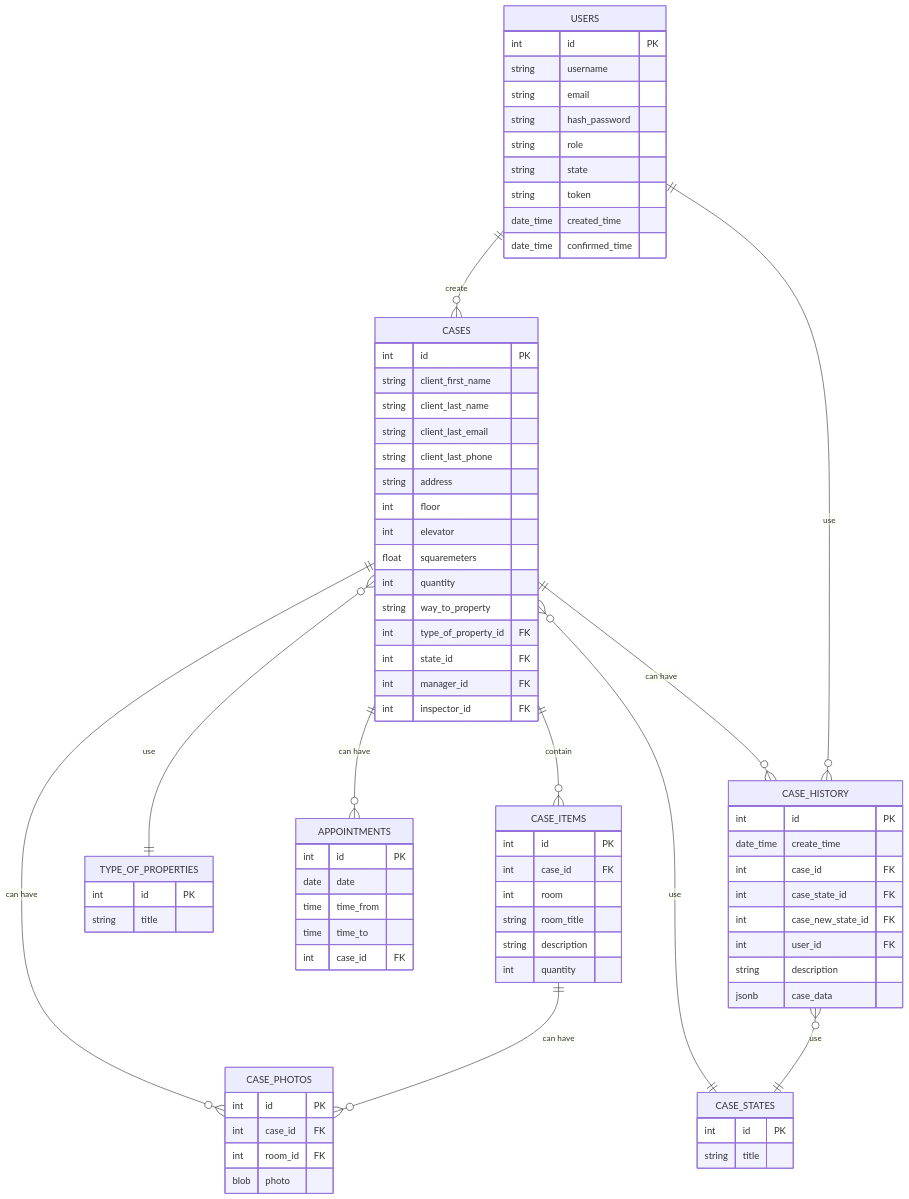
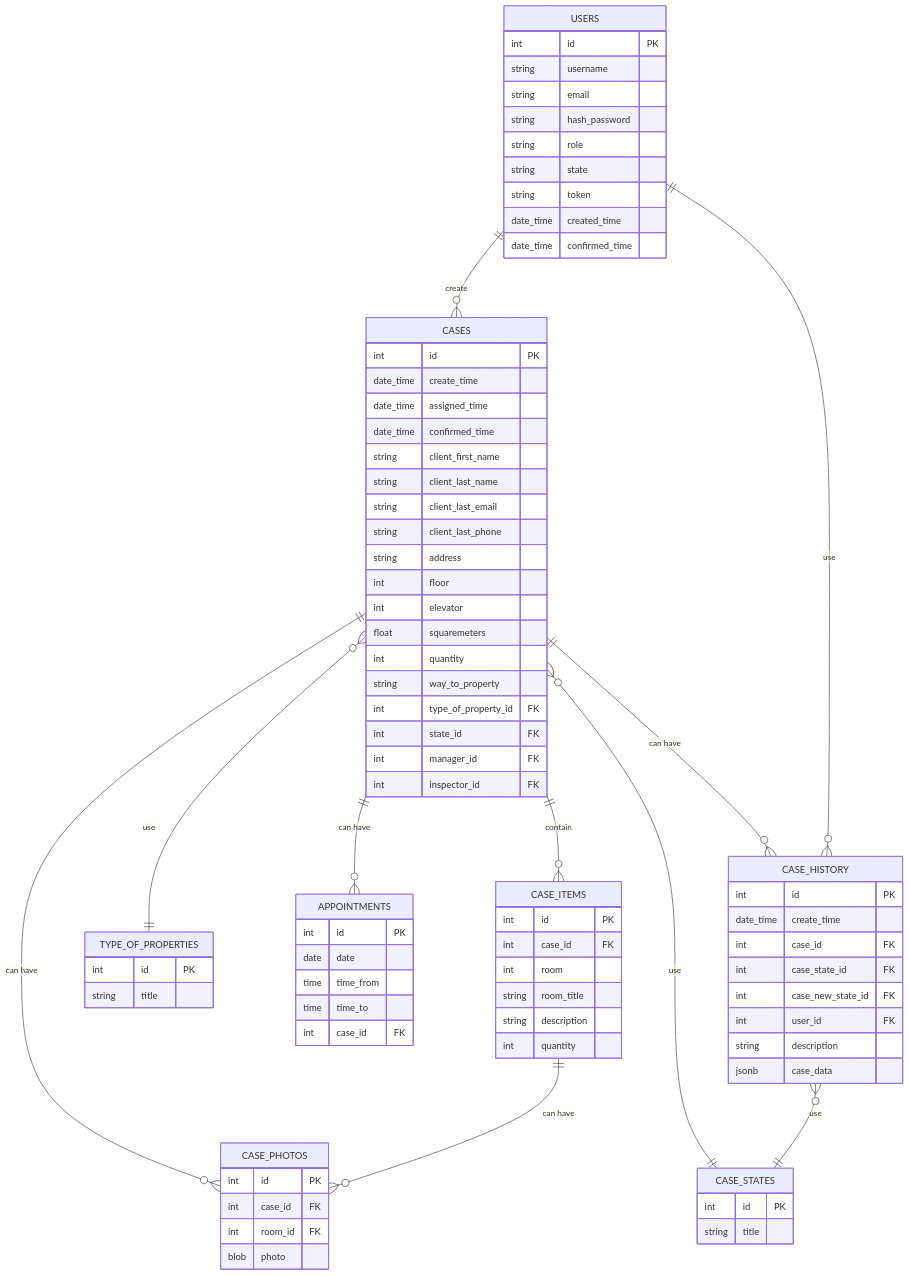
The fourth of 4 diagrams in README.md (WildCodeSchool/2022-07-EN-Berlin-Remote1-Project3Planning), drawn with Mermaid before and after one commit.

Commit message:
Changed CASES table in database schema
Added fields create_time, assigned_time, confirmed_time in CASES table

```diff
--- a/README.md
+++ b/README.md
@@ -195,6 +195,9 @@
     
     CASES {
         int id PK
+        date_time create_time
+        date_time assigned_time
+        date_time confirmed_time
         string client_first_name
         string client_last_name
         string client_last_email
```
